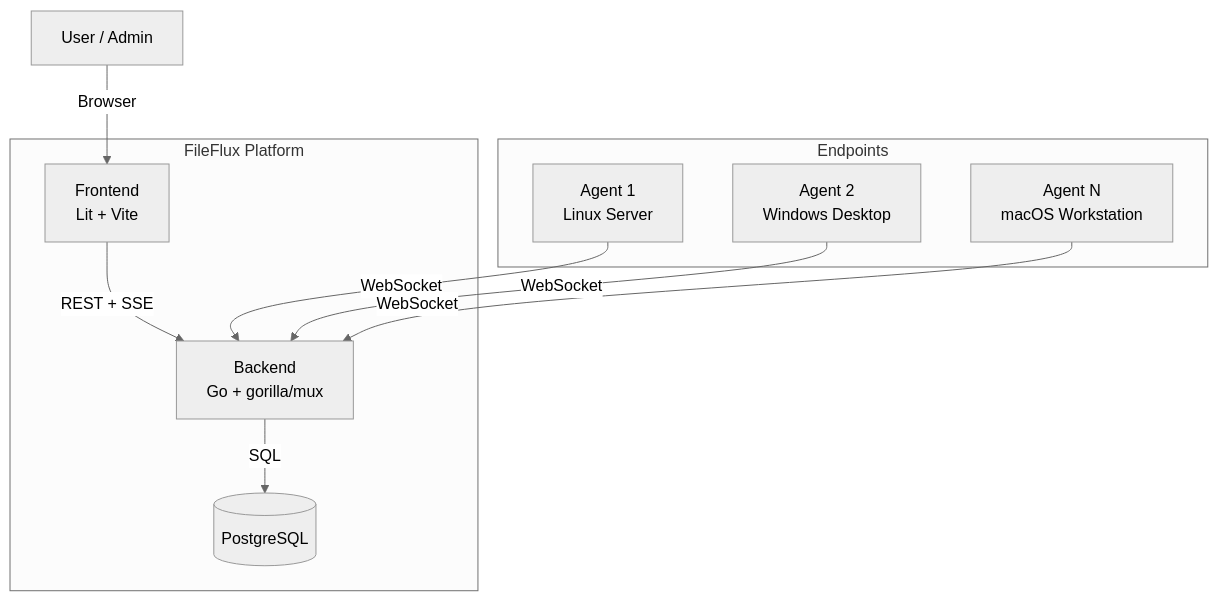
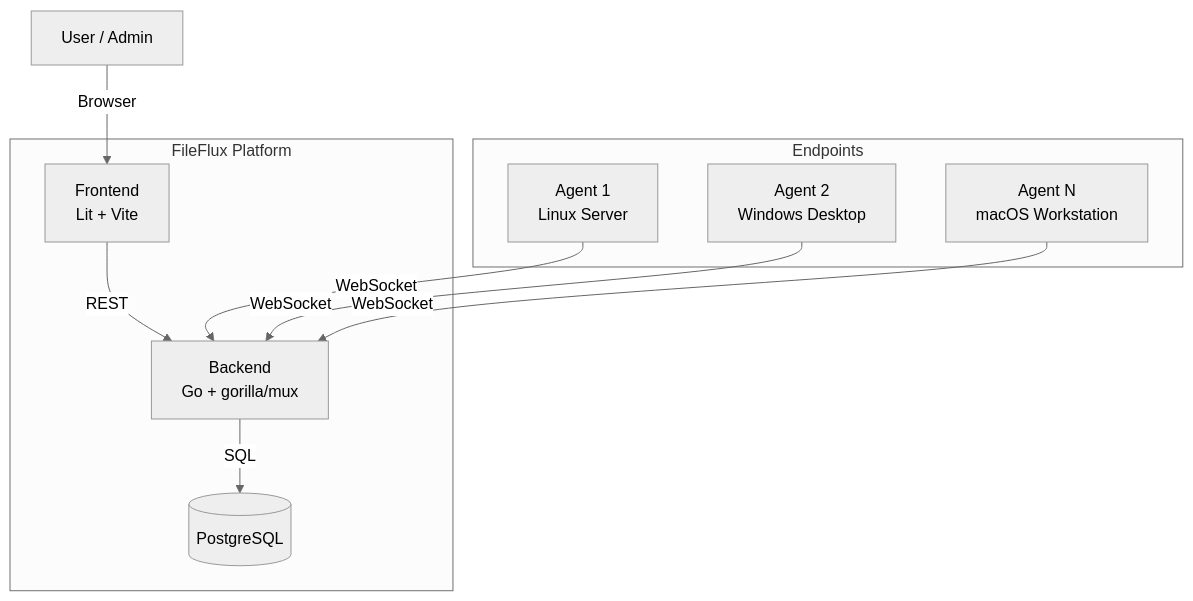
Before and after one commit to stefanposs/file-flux: the first of 2 diagrams in assets/mkdocs/architecture/overview.md, drawn with Mermaid (neutral theme). The commit also changed other lines of this file and 26 other files, not shown here.

````diff
--- a/assets/mkdocs/architecture/overview.md
+++ b/assets/mkdocs/architecture/overview.md
@@ -11,22 +11,22 @@
 ```mermaid
 graph TB
     subgraph "Endpoints"
         A1[Agent 1<br/>Linux Server]
         A2[Agent 2<br/>Windows Desktop]
         A3[Agent N<br/>macOS Workstation]
     end
 
     subgraph "FileFlux Platform"
         FE[Frontend<br/>Lit + Vite]
         BE[Backend<br/>Go + gorilla/mux]
         DB[(PostgreSQL)]
         BE -->|SQL| DB
-        FE -->|REST + SSE| BE
+        FE -->|REST| BE
     end
 
     A1 -->|WebSocket| BE
     A2 -->|WebSocket| BE
     A3 -->|WebSocket| BE
 
     U[User / Admin] -->|Browser| FE
 ```
````
